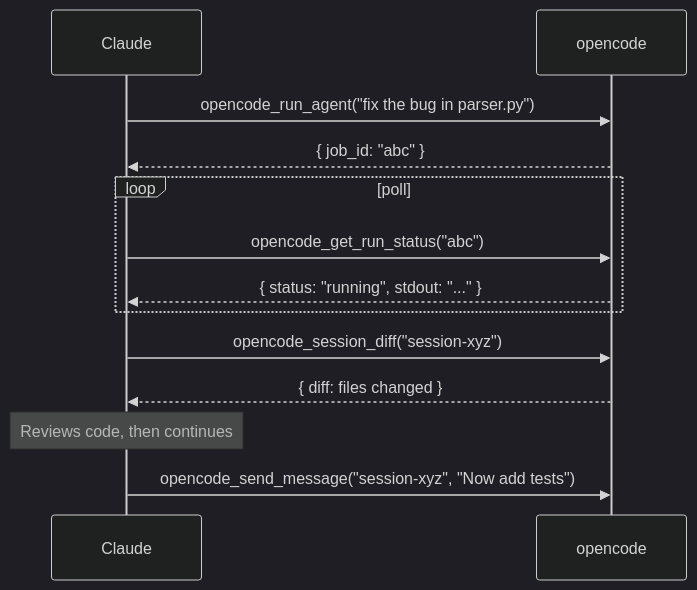
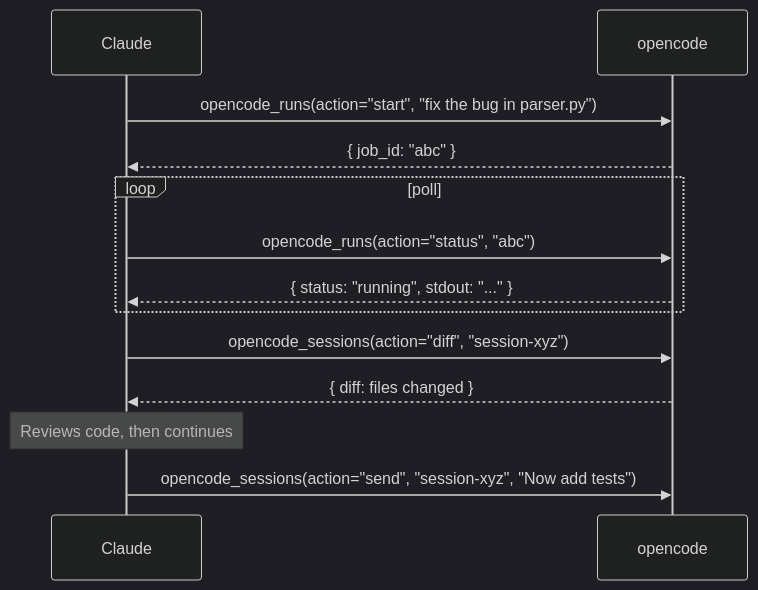
One commit to sandraschi/opencode-cli-mcp changed the diagram in docs/advanced-usage.md. Above: the diagram before and after it, drawn with Mermaid (dark theme). The commit also changed other lines of this file and 3 other files, not shown here.

````diff
--- a/docs/advanced-usage.md
+++ b/docs/advanced-usage.md
@@ -49,13 +54,13 @@
 ```mermaid
 sequenceDiagram
-    Claude->>opencode: opencode_run_agent("fix the bug in parser.py")
+    Claude->>opencode: opencode_runs(action="start", "fix the bug in parser.py")
     opencode-->>Claude: { job_id: "abc" }
     loop poll
-        Claude->>opencode: opencode_get_run_status("abc")
+        Claude->>opencode: opencode_runs(action="status", "abc")
         opencode-->>Claude: { status: "running", stdout: "..." }
     end
-    Claude->>opencode: opencode_session_diff("session-xyz")
+    Claude->>opencode: opencode_sessions(action="diff", "session-xyz")
     opencode-->>Claude: { diff: files changed }
     Note over Claude: Reviews code, then continues
-    Claude->>opencode: opencode_send_message("session-xyz", "Now add tests")
+    Claude->>opencode: opencode_sessions(action="send", "session-xyz", "Now add tests")
 ```
````
